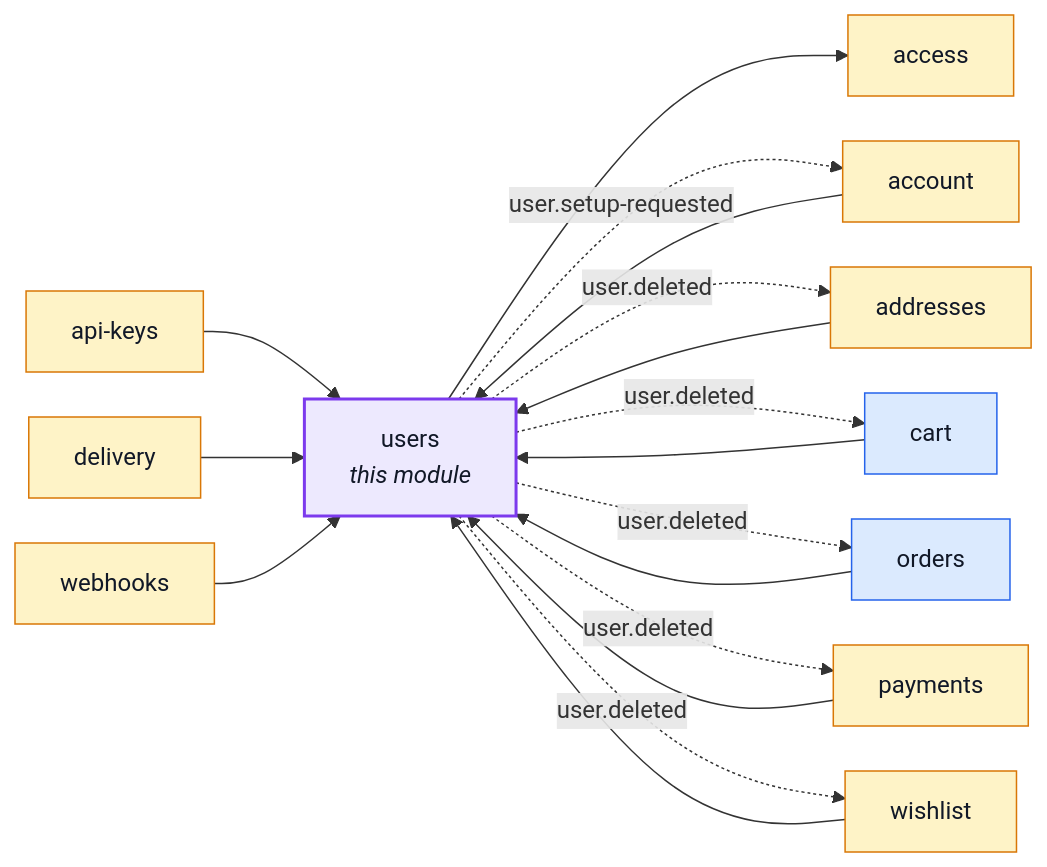
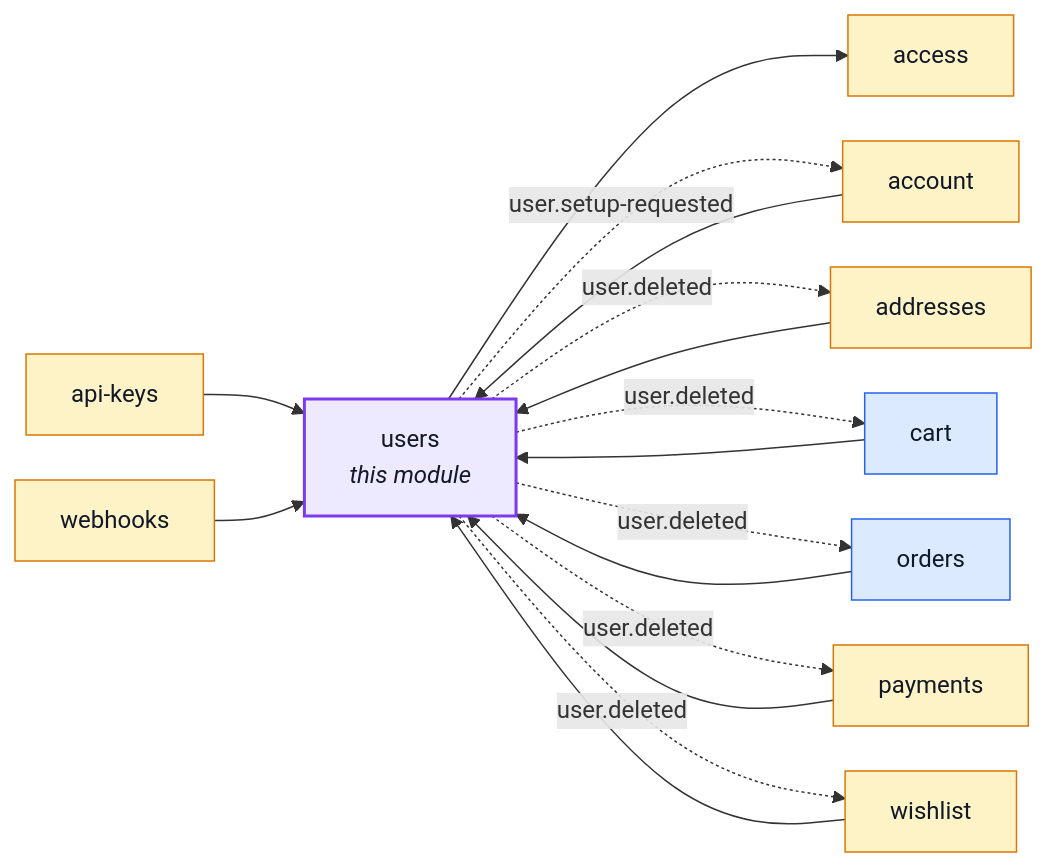
One commit to Guebbit/boilerplate-node-backend changed the first of 2 diagrams in docs/modules/users.md. Above: the diagram before and after it, drawn with Mermaid. The commit also changed 2 other files, not shown here.

Commit message:
docs(modules): regenerate the module graph
delivery no longer imports users (1fbd5722 deleted the last call reaching
it), and this session's later commits never re-ran docs:graph to catch it.

````diff
--- a/docs/modules/users.md
+++ b/docs/modules/users.md
@@ -16,40 +16,38 @@
 ```mermaid
 %%{init: {'flowchart': {'nodeSpacing': 30, 'rankSpacing': 60}}}%%
 flowchart LR
     users["users<br/><i>this module</i>"]
     access["access"]
     account["account"]
     addresses["addresses"]
     api_keys["api-keys"]
     cart["cart"]
-    delivery["delivery"]
     orders["orders"]
     payments["payments"]
     webhooks["webhooks"]
     wishlist["wishlist"]
 
     account --> users
     addresses --> users
     api_keys --> users
     cart --> users
-    delivery --> users
     orders --> users
     payments --> users
     webhooks --> users
     wishlist --> users
     users --> access
     users -. "user.setup-requested" .-> account
     users -. "user.deleted" .-> addresses
     users -. "user.deleted" .-> cart
     users -. "user.deleted" .-> orders
     users -. "user.deleted" .-> payments
     users -. "user.deleted" .-> wishlist
 
     classDef core fill:#dbeafe,stroke:#2563eb,color:#111827;
     classDef supporting fill:#fef3c7,stroke:#d97706,color:#111827;
     classDef generic fill:#dcfce7,stroke:#16a34a,color:#111827;
     classDef centre fill:#ede9fe,stroke:#7c3aed,stroke-width:2px,color:#111827;
     class cart,orders core;
-    class access,account,addresses,api_keys,delivery,payments,webhooks,wishlist supporting;
+    class access,account,addresses,api_keys,payments,webhooks,wishlist supporting;
     class users centre;
 ```
````
